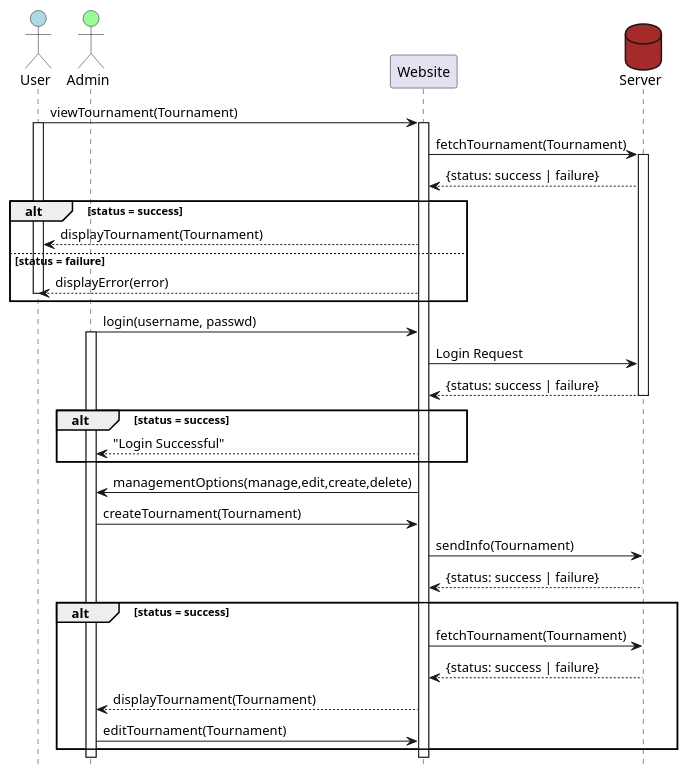
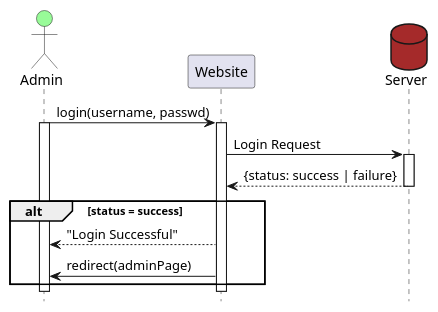
One commit to felixalbrigtsen/asura-tmdb changed the diagram in documentation/sequenceDiagramLogin.puml. Above: the diagram before and after it, drawn with PlantUML.

Commit message:
Login Sequence Diagram

```diff
--- a/documentation/sequenceDiagramLogin.puml
+++ b/documentation/sequenceDiagramLogin.puml
@@ -1,43 +1,22 @@
 @startuml Asura Tournament System
-Actor User #lightblue
 Actor Admin #palegreen
 participant Website
 database Server #brown
 hide footbox
 
-User->Website: viewTournament(Tournament)
-activate User
-activate Website
-Website->Server: fetchTournament(Tournament)
-activate Server
-Server-->Website: {status: success | failure}
-alt status = success
-Website-->User: displayTournament(Tournament)
-else status = failure 
-Website-->User: displayError(error)
-deactivate User
-end
-
 Admin->Website: login(username, passwd)
 activate Admin
+activate Website
 Website->Server: Login Request
+activate Server
 Server-->Website: {status: success | failure}
 deactivate Server
 alt status = success
 Website-->Admin: "Login Successful"
+Website->Admin: redirect(adminPage)
+' Website-->Admin: Login
 end
-Website->Admin: managementOptions(manage,edit,create,delete)
-' Website-->Admin: Login successful
-Admin->Website: createTournament(Tournament)
-Website->Server: sendInfo(Tournament)
-Server-->Website: {status: success | failure}
-alt status = success
-Website->Server: fetchTournament(Tournament)
-Server-->Website: {status: success | failure}
-' deactivate Server
-Website-->Admin: displayTournament(Tournament)
-Admin->Website: editTournament(Tournament)
-' deactivate Admin
-' deactivate Website
-end
+deactivate Website
+deactivate Admin
+
 @enduml
```
